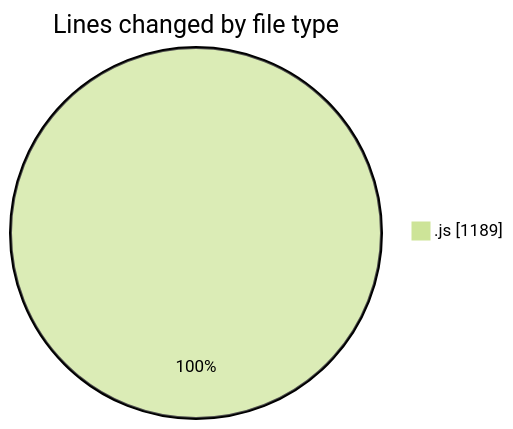
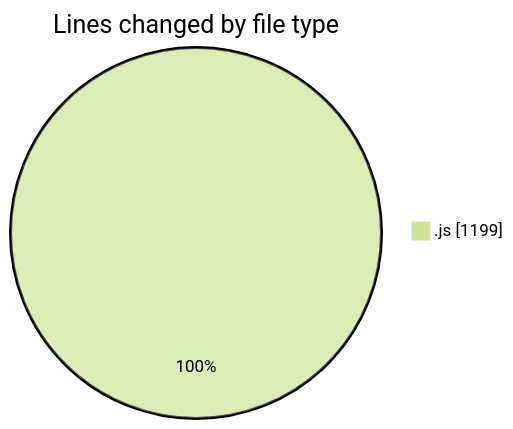
The first of 2 diagrams in 2025-09-08/cashcalculator/README.md (nxtqubesakshisongat/code-tracking), drawn with Mermaid (forest theme) before and after one commit. The commit also changed other lines of this file and 1 other file, not shown here.

````diff
--- a/2025-09-08/cashcalculator/README.md
+++ b/2025-09-08/cashcalculator/README.md
@@ -20,5 +20,5 @@
 ```mermaid
 pie showData
 title Lines changed by file type
-".js" : 1189
+".js" : 1199
 ```
````
